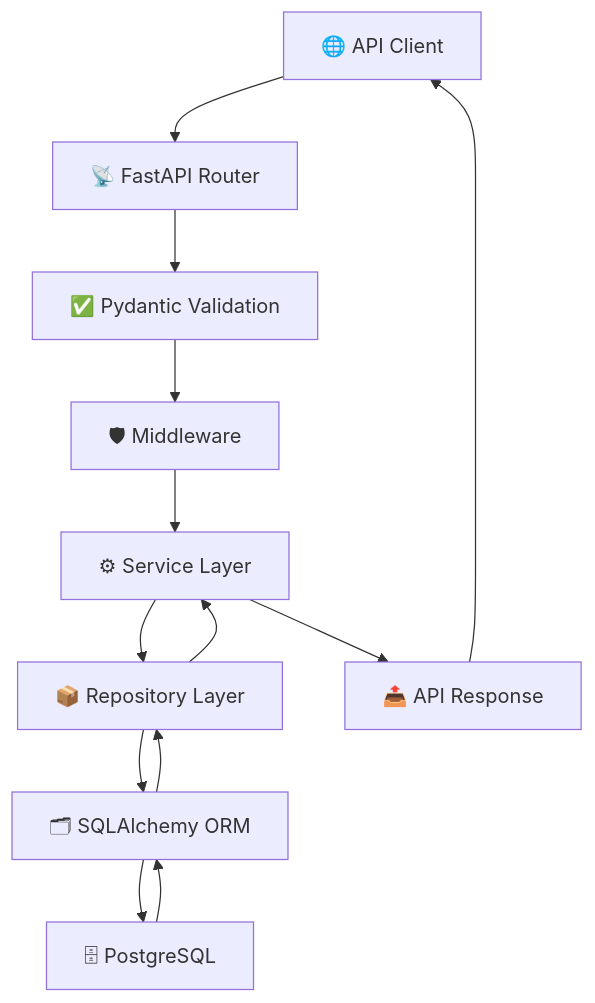
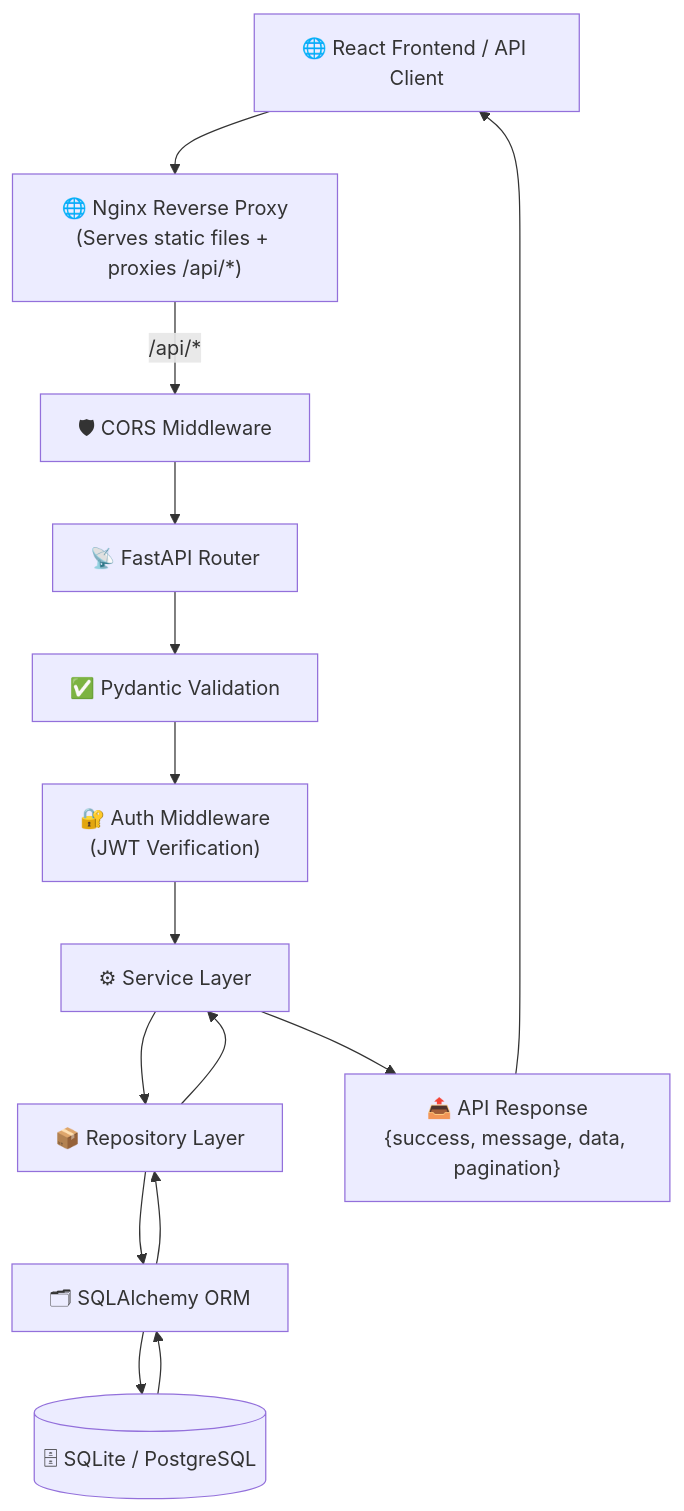
Before and after one commit to kmrgautam18-alt/career-ops-v2: the first of 2 diagrams in docs/diagrams/04-backend-flow.md, drawn with Mermaid. The commit also changed other lines of this file and 6 other files, not shown here.

First line of the commit message:
docs: update diagrams to reflect current project state

````diff
--- a/docs/diagrams/04-backend-flow.md
+++ b/docs/diagrams/04-backend-flow.md
@@ -17,45 +17,33 @@
 ```mermaid
 flowchart TD
 
-Client["🌐 API Client"]
+    Client["🌐 React Frontend / API Client"]
+    Nginx["🌐 Nginx Reverse Proxy
+(Serves static files + proxies /api/*)"]
+    CORSMiddleware["🛡 CORS Middleware"]
+    Router["📡 FastAPI Router"]
+    Validation["✅ Pydantic Validation"]
+    AuthMiddleware["🔐 Auth Middleware
+(JWT Verification)"]
+    Service["⚙ Service Layer"]
+    Repository["📦 Repository Layer"]
+    ORM["🗂 SQLAlchemy ORM"]
+    Database[(🗄 SQLite / PostgreSQL)]
+    Response["📤 API Response
+{success, message, data, pagination}"]
 
-Router["📡 FastAPI Router"]
-
-Validation["✅ Pydantic Validation"]
-
-Middleware["🛡 Middleware"]
-
-Service["⚙ Service Layer"]
-
-Repository["📦 Repository Layer"]
-
-ORM["🗂 SQLAlchemy ORM"]
-
-Database["🗄 PostgreSQL"]
-
-Response["📤 API Response"]
-
-Client --> Router
-
-Router --> Validation
-
-Validation --> Middleware
-
-Middleware --> Service
-
-Service --> Repository
-
-Repository --> ORM
-
-ORM --> Database
-
-Database --> ORM
-
-ORM --> Repository
-
-Repository --> Service
-
-Service --> Response
-
-Response --> Client
+    Client --> Nginx
+    Nginx -->|"/api/*"| CORSMiddleware
+    CORSMiddleware --> Router
+    Router --> Validation
+    Validation --> AuthMiddleware
+    AuthMiddleware --> Service
+    Service --> Repository
+    Repository --> ORM
+    ORM --> Database
+    Database --> ORM
+    ORM --> Repository
+    Repository --> Service
+    Service --> Response
+    Response --> Client
 ```
````
